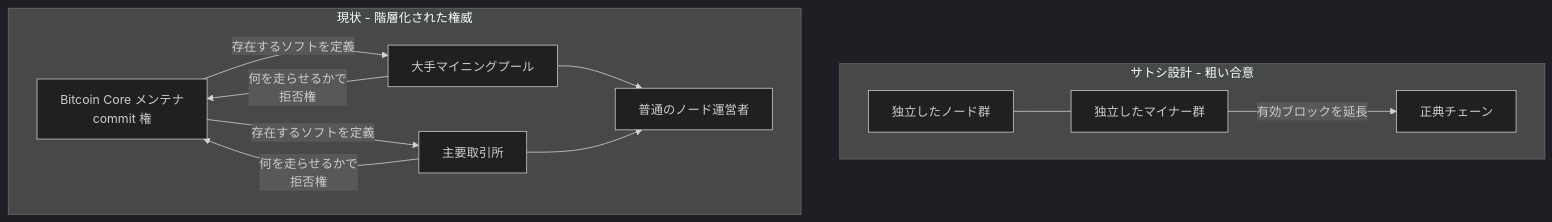
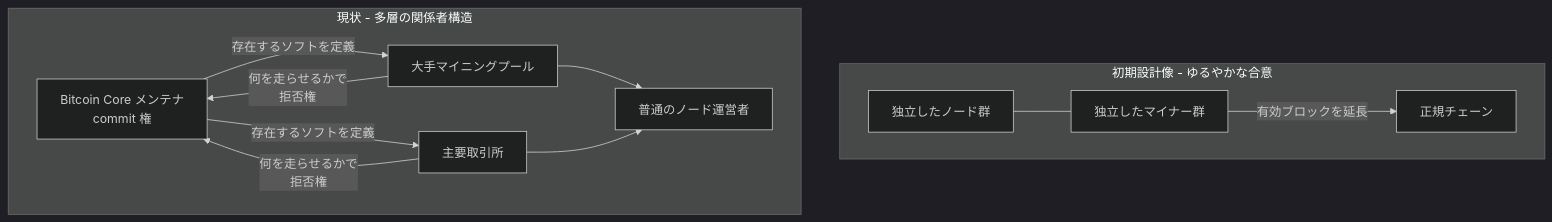
One commit to cypher256/BitcoinArchive changed the third of 4 diagrams in src/data/translations/ja/analysis/2026-05-24-satoshi-design-vs-current-reality.md. Above: the diagram before and after it, drawn with Mermaid (dark theme). The commit also changed other lines of this file and 1 other file, not shown here.

````diff
--- a/src/data/translations/ja/analysis/2026-05-24-satoshi-design-vs-current-reality.md
+++ b/src/data/translations/ja/analysis/2026-05-24-satoshi-design-vs-current-reality.md
@@ -104,19 +104,19 @@
 ```mermaid
 flowchart TB
-  subgraph DESIGN["サトシ設計 - 粗い合意"]
+  subgraph DESIGN["初期設計像 - ゆるやかな合意"]
     NS[独立したノード群] --- MS[独立したマイナー群]
-    MS -->|有効ブロックを延長| CHAIN1[正典チェーン]
+    MS -->|有効ブロックを延長| CHAIN1[正規チェーン]
   end
-  subgraph REAL["現状 - 階層化された権威"]
+  subgraph REAL["現状 - 多層の関係者構造"]
     CORE[Bitcoin Core メンテナ<br/>commit 権]
     POOLS[大手マイニングプール]
     EXCHANGES[主要取引所]
     USERS[普通のノード運営者]
     CORE -->|存在するソフトを定義| POOLS
     CORE -->|存在するソフトを定義| EXCHANGES
     POOLS -->|何を走らせるかで<br/>拒否権| CORE
     EXCHANGES -->|何を走らせるかで<br/>拒否権| CORE
     POOLS --> USERS
     EXCHANGES --> USERS
   end
 ```
````
